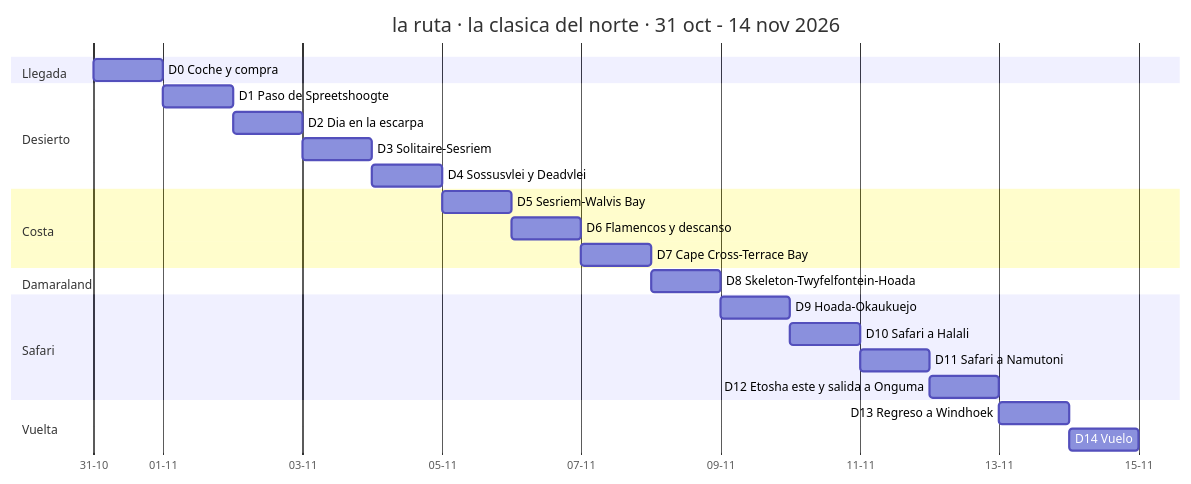
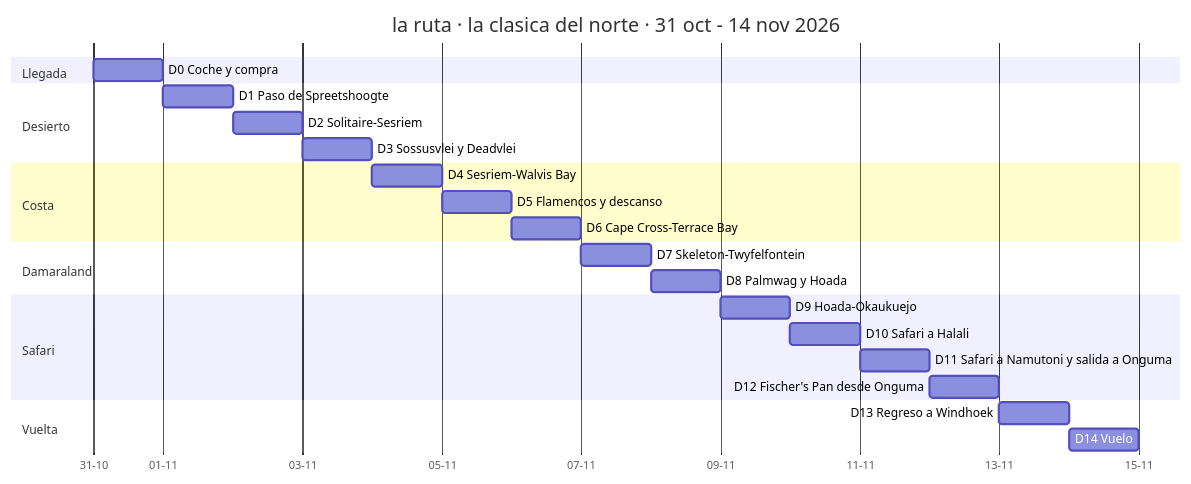
Before and after one commit to morandeirachema/namibia: the first of 4 diagrams in 01-itinerarios-dia-a-dia.md, drawn with Mermaid. The commit also changed other lines of this file and 44 other files, not shown here.

First line of the commit message:
El calendario se rehace sobre las reservas hechas: Spreetshoogte una noche, Twyfelfontein nueva y Onguma por Namutoni

````diff
--- a/01-itinerarios-dia-a-dia.md
+++ b/01-itinerarios-dia-a-dia.md
@@ -82,27 +89,27 @@
 ```mermaid
 gantt
     title la ruta · la clasica del norte · 31 oct - 14 nov 2026
     dateFormat YYYY-MM-DD
     axisFormat %d-%m
     section Llegada
     D0 Coche y compra :e0, 2026-10-31, 1d
     section Desierto
     D1 Paso de Spreetshoogte :e1, 2026-11-01, 1d
-    D2 Dia en la escarpa :e2, after e1, 1d
-    D3 Solitaire-Sesriem :e3, after e2, 1d
-    D4 Sossusvlei y Deadvlei :e4, after e3, 1d
+    D2 Solitaire-Sesriem :e2, after e1, 1d
+    D3 Sossusvlei y Deadvlei :e3, after e2, 1d
     section Costa
-    D5 Sesriem-Walvis Bay :e5, after e4, 1d
-    D6 Flamencos y descanso :e6, after e5, 1d
-    D7 Cape Cross-Terrace Bay :e7, after e6, 1d
+    D4 Sesriem-Walvis Bay :e4, after e3, 1d
+    D5 Flamencos y descanso :e5, after e4, 1d
+    D6 Cape Cross-Terrace Bay :e6, after e5, 1d
     section Damaraland
-    D8 Skeleton-Twyfelfontein-Hoada :e8, after e7, 1d
+    D7 Skeleton-Twyfelfontein :e7, after e6, 1d
+    D8 Palmwag y Hoada :e8, after e7, 1d
     section Safari
     D9 Hoada-Okaukuejo :e9, after e8, 1d
     D10 Safari a Halali :e10, after e9, 1d
-    D11 Safari a Namutoni :e11, after e10, 1d
-    D12 Etosha este y salida a Onguma :e12, after e11, 1d
+    D11 Safari a Namutoni y salida a Onguma :e11, after e10, 1d
+    D12 Fischer's Pan desde Onguma :e12, after e11, 1d
     section Vuelta
     D13 Regreso a Windhoek :e13, after e12, 1d
     D14 Vuelo :e14, after e13, 1d
 ```
````
